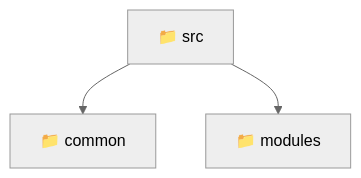
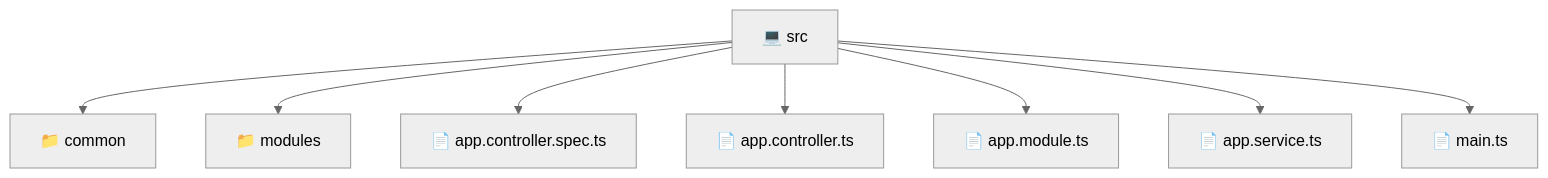
The diagram in backend/src/README.md (beginwebdev2002/fullstack-mavluda), drawn with Mermaid (neutral theme) before and after one commit. The commit also changed other lines of this file and 157 other files, not shown here.

First line of the commit message:
docs: generate localized readmes for architectural transparency

````diff
--- a/backend/src/README.md
+++ b/backend/src/README.md
@@ -9,6 +11,11 @@
 ```mermaid
 graph TD
-  src["📁 src"]
-  src --> common["📁 common"]
-  src --> modules["📁 modules"]
+  src["💻 src"]
+  src --> src_common["📁 common"]
+  src --> src_modules["📁 modules"]
+  src --> src_app_controller_spec_ts["📄 app.controller.spec.ts"]
+  src --> src_app_controller_ts["📄 app.controller.ts"]
+  src --> src_app_module_ts["📄 app.module.ts"]
+  src --> src_app_service_ts["📄 app.service.ts"]
+  src --> src_main_ts["📄 main.ts"]
 ```
````
